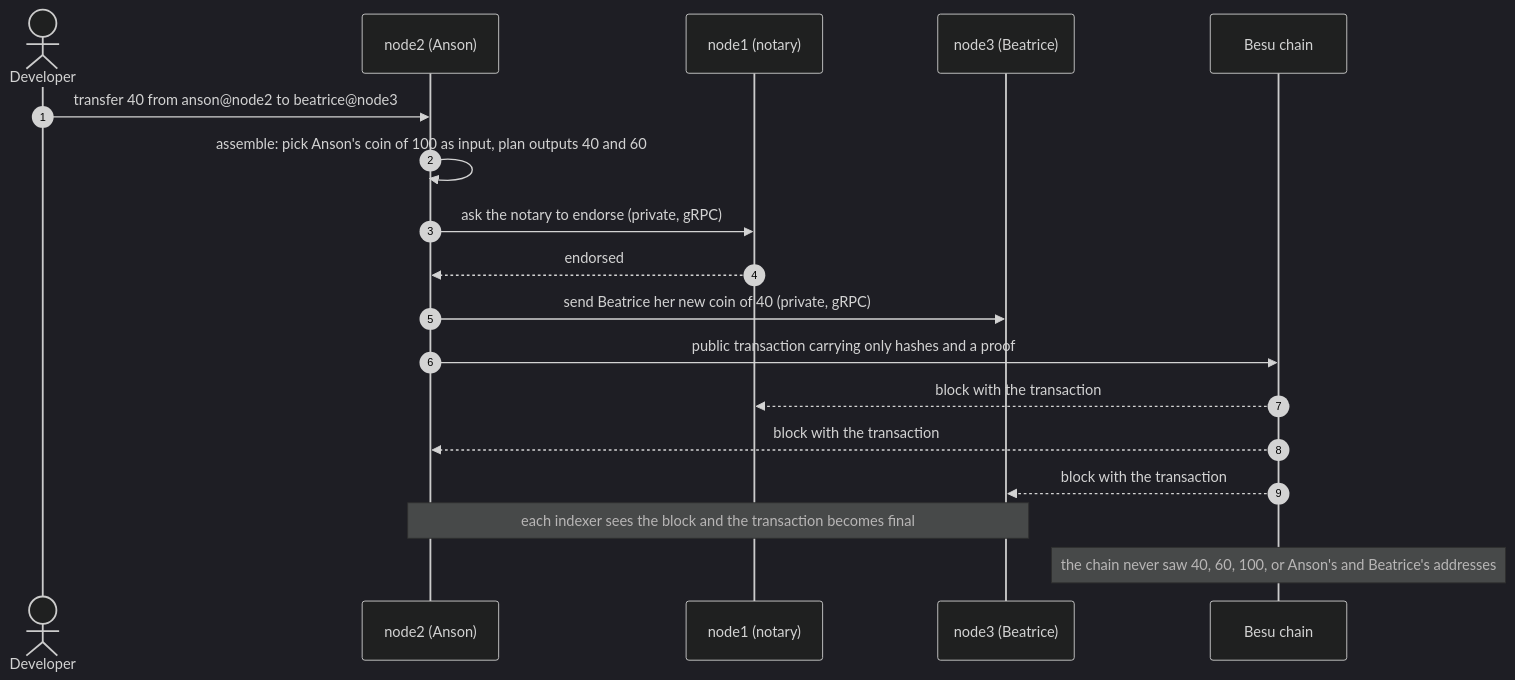
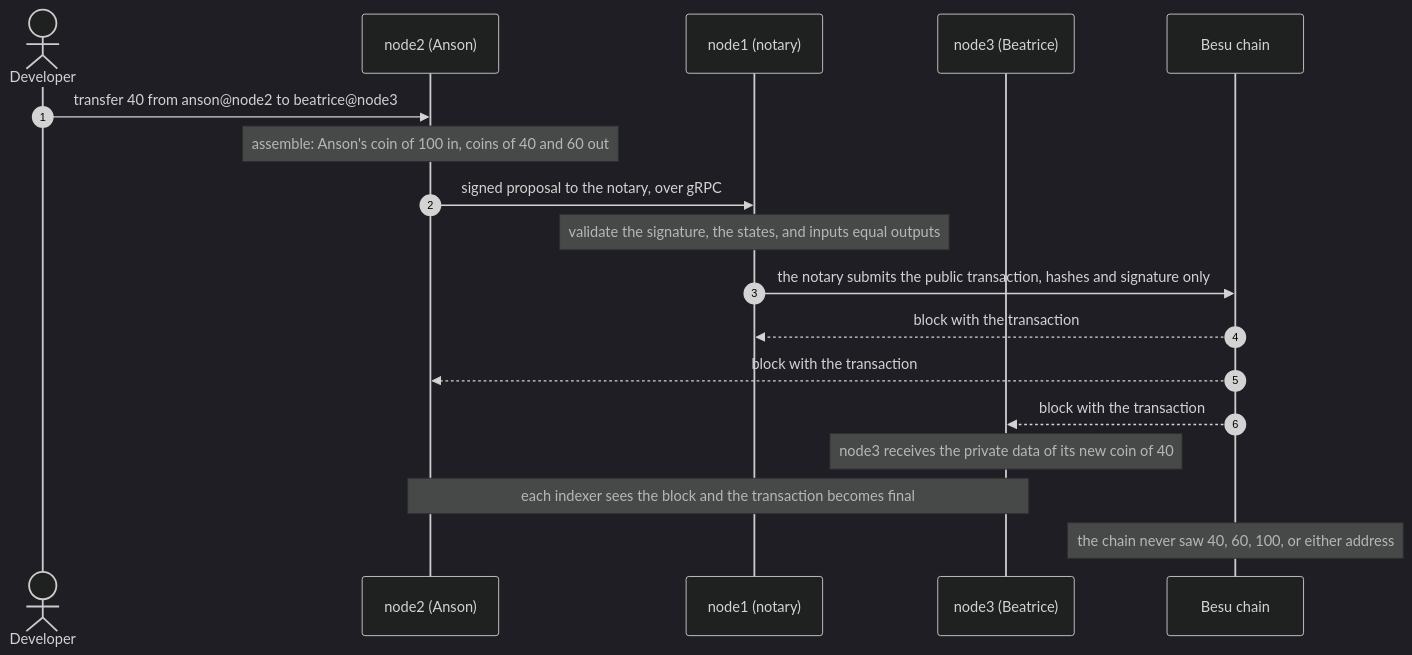
One commit to hohowin/besu-with-firefly changed the third of 3 diagrams in docs/paladin-guide.md. Above: the diagram before and after it, drawn with Mermaid (dark theme). The commit also changed other lines of this file and 9 other files, not shown here.

Commit message:
feat: Paladin UI on by default; Paladin guide diagrams fixed and Zeto/Pente added; Paladin domains document

````diff
--- a/docs/paladin-guide.md
+++ b/docs/paladin-guide.md
@@ -114,21 +128,21 @@
 ```mermaid
 sequenceDiagram
   autonumber
   actor Dev as Developer
   participant N2 as node2 (Anson)
   participant N1 as node1 (notary)
   participant N3 as node3 (Beatrice)
   participant B as Besu chain
 
   Dev->>N2: transfer 40 from anson@node2 to beatrice@node3
-  N2->>N2: assemble: pick Anson's coin of 100 as input, plan outputs 40 and 60
-  N2->>N1: ask the notary to endorse (private, gRPC)
-  N1-->>N2: endorsed
-  N2->>N3: send Beatrice her new coin of 40 (private, gRPC)
-  N2->>B: public transaction carrying only hashes and a proof
+  Note over N2: assemble: Anson's coin of 100 in, coins of 40 and 60 out
+  N2->>N1: signed proposal to the notary, over gRPC
+  Note over N1: validate the signature, the states, and inputs equal outputs
+  N1->>B: the notary submits the public transaction, hashes and signature only
   B-->>N1: block with the transaction
   B-->>N2: block with the transaction
   B-->>N3: block with the transaction
+  Note over N3: node3 receives the private data of its new coin of 40
   Note over N2,N3: each indexer sees the block and the transaction becomes final
-  Note over B: the chain never saw 40, 60, 100, or Anson's and Beatrice's addresses
+  Note over B: the chain never saw 40, 60, 100, or either address
 ```
````
